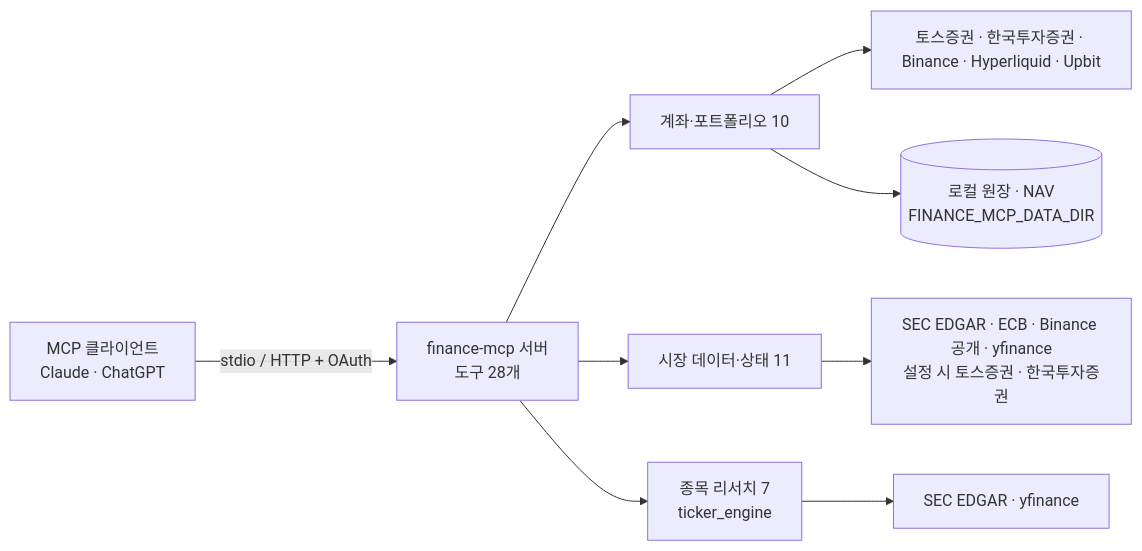
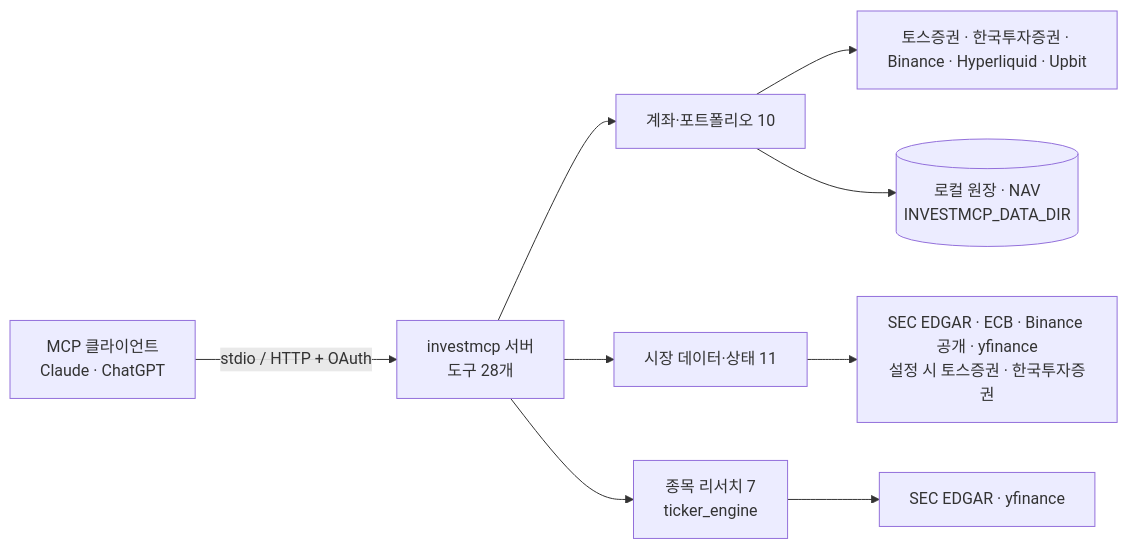
Before and after one commit to ianlyoo/finance-mcp: the diagram in README.md, drawn with Mermaid. The commit also changed other lines of this file and 149 other files, not shown here.

````diff
--- a/README.md
+++ b/README.md
@@ -201,11 +201,11 @@
 ```mermaid
 flowchart LR
-  A["MCP 클라이언트<br/>Claude · ChatGPT"] -->|"stdio / HTTP + OAuth"| B["finance-mcp 서버<br/>도구 28개"]
+  A["MCP 클라이언트<br/>Claude · ChatGPT"] -->|"stdio / HTTP + OAuth"| B["investmcp 서버<br/>도구 28개"]
   B --> C["계좌·포트폴리오 10"]
   B --> D["시장 데이터·상태 11"]
   B --> E["종목 리서치 7<br/>ticker_engine"]
   C --> F["토스증권 · 한국투자증권 · Binance · Hyperliquid · Upbit"]
-  C --> G[("로컬 원장 · NAV<br/>FINANCE_MCP_DATA_DIR")]
+  C --> G[("로컬 원장 · NAV<br/>INVESTMCP_DATA_DIR")]
   D --> H["SEC EDGAR · ECB · Binance 공개 · yfinance<br/>설정 시 토스증권 · 한국투자증권"]
   E --> I["SEC EDGAR · yfinance"]
 ```
````
